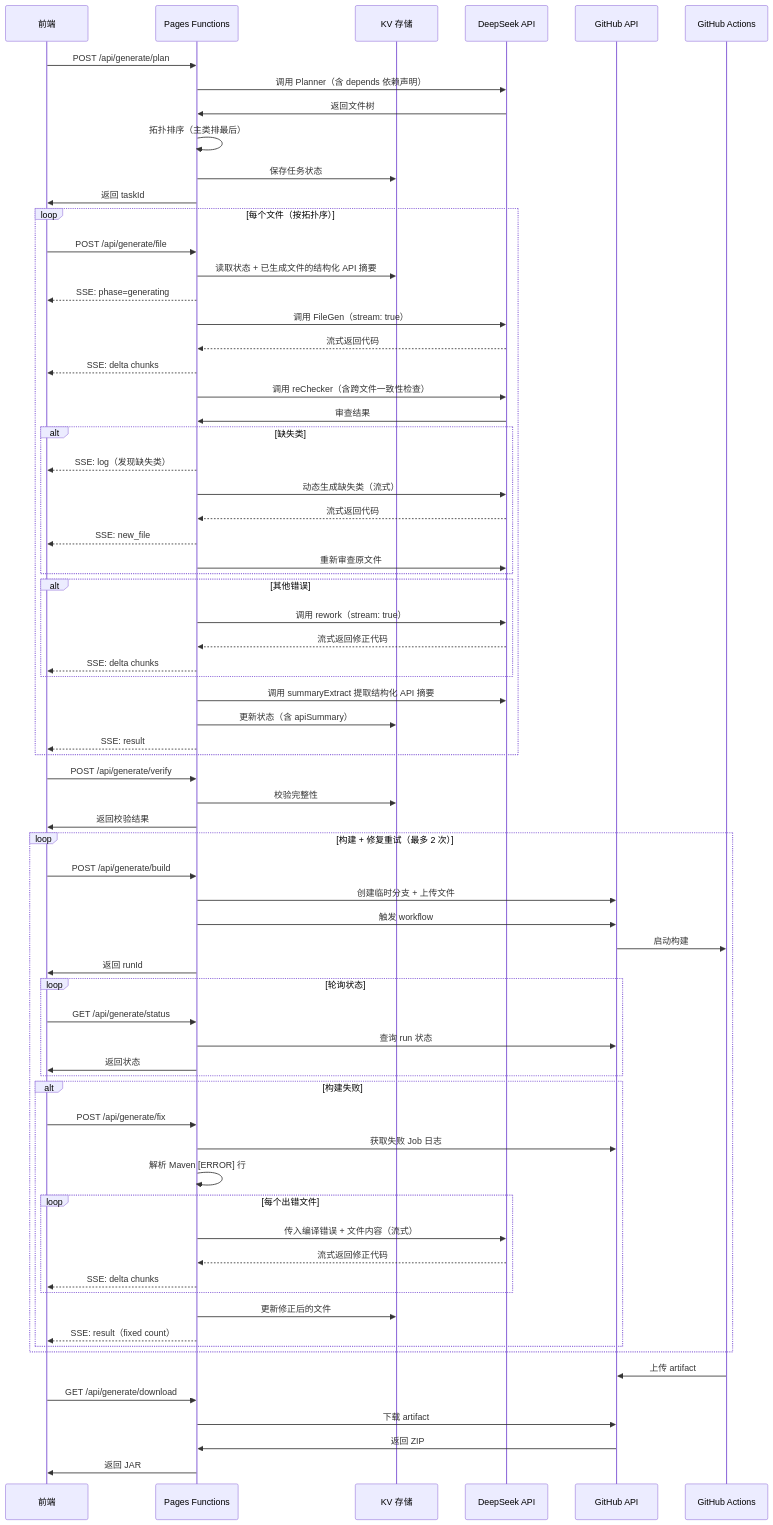
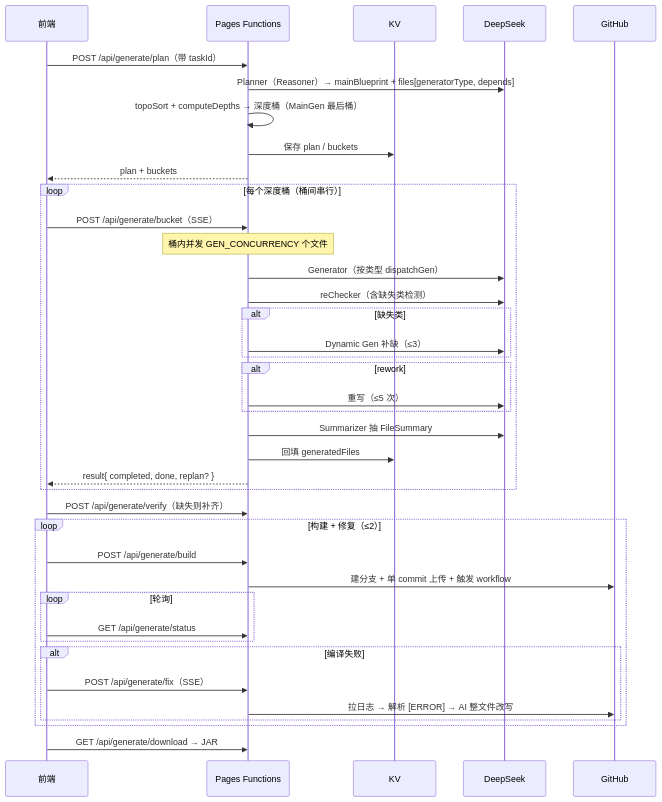
Before and after one commit to superwfox/minecraft-dev: the third of 3 diagrams in docs/technical/architecture.md, drawn with Mermaid. The commit also changed other lines of this file and 19 other files, not shown here.

````diff
--- a/docs/technical/architecture.md
+++ b/docs/technical/architecture.md
@@ -166,79 +134,44 @@
 ```mermaid
 sequenceDiagram
     participant F as 前端
     participant API as Pages Functions
-    participant KV as KV 存储
-    participant AI as DeepSeek API
-    participant GH as GitHub API
-    participant GA as GitHub Actions
+    participant KV as KV
+    participant AI as DeepSeek
+    participant GH as GitHub
 
-    F->>API: POST /api/generate/plan
-    API->>AI: 调用 Planner（含 depends 依赖声明）
-    AI->>API: 返回文件树
-    API->>API: 拓扑排序（主类排最后）
-    API->>KV: 保存任务状态
-    API->>F: 返回 taskId
+    F->>API: POST /api/generate/plan（带 taskId）
+    API->>AI: Planner（Reasoner）→ mainBlueprint + files[generatorType, depends]
+    API->>API: topoSort + computeDepths → 深度桶（MainGen 最后桶）
+    API->>KV: 保存 plan / buckets
+    API-->>F: plan + buckets
 
-    loop 每个文件（按拓扑序）
-        F->>API: POST /api/generate/file
-        API->>KV: 读取状态 + 已生成文件的结构化 API 摘要
-        API-->>F: SSE: phase=generating
-        API->>AI: 调用 FileGen（stream: true）
-        AI-->>API: 流式返回代码
-        API-->>F: SSE: delta chunks
-        API->>AI: 调用 reChecker（含跨文件一致性检查）
-        AI->>API: 审查结果
+    loop 每个深度桶（桶间串行）
+        F->>API: POST /api/generate/bucket（SSE）
+        Note over API: 桶内并发 GEN_CONCURRENCY 个文件
+        API->>AI: Generator（按类型 dispatchGen）
+        API->>AI: reChecker（含缺失类检测）
         alt 缺失类
-            API-->>F: SSE: log（发现缺失类）
-            API->>AI: 动态生成缺失类（流式）
-            AI-->>API: 流式返回代码
-            API-->>F: SSE: new_file
-            API->>AI: 重新审查原文件
+            API->>AI: Dynamic Gen 补缺（≤3）
         end
-        alt 其他错误
-            API->>AI: 调用 rework（stream: true）
-            AI-->>API: 流式返回修正代码
-            API-->>F: SSE: delta chunks
+        alt rework
+            API->>AI: 重写（≤5 次）
         end
-        API->>AI: 调用 summaryExtract 提取结构化 API 摘要
-        API->>KV: 更新状态（含 apiSummary）
-        API-->>F: SSE: result
+        API->>AI: Summarizer 抽 FileSummary
+        API->>KV: 回填 generatedFiles
+        API-->>F: result{ completed, done, replan? }
     end
 
-    F->>API: POST /api/generate/verify
-    API->>KV: 校验完整性
-    API->>F: 返回校验结果
-
-    loop 构建 + 修复重试（最多 2 次）
+    F->>API: POST /api/generate/verify（缺失则补齐）
+    loop 构建 + 修复（≤2）
         F->>API: POST /api/generate/build
-        API->>GH: 创建临时分支 + 上传文件
-        API->>GH: 触发 workflow
-        GH->>GA: 启动构建
-        API->>F: 返回 runId
-
-        loop 轮询状态
+        API->>GH: 建分支 + 单 commit 上传 + 触发 workflow
+        loop 轮询
             F->>API: GET /api/generate/status
-            API->>GH: 查询 run 状态
-            API->>F: 返回状态
         end
-
-        alt 构建失败
-            F->>API: POST /api/generate/fix
-            API->>GH: 获取失败 Job 日志
-            API->>API: 解析 Maven [ERROR] 行
-            loop 每个出错文件
-                API->>AI: 传入编译错误 + 文件内容（流式）
-                AI-->>API: 流式返回修正代码
-                API-->>F: SSE: delta chunks
-            end
-            API->>KV: 更新修正后的文件
-            API-->>F: SSE: result（fixed count）
+        alt 编译失败
+            F->>API: POST /api/generate/fix（SSE）
+            API->>GH: 拉日志 → 解析 [ERROR] → AI 整文件改写
         end
     end
-
-    GA->>GH: 上传 artifact
-    F->>API: GET /api/generate/download
-    API->>GH: 下载 artifact
-    GH->>API: 返回 ZIP
-    API->>F: 返回 JAR
+    F->>API: GET /api/generate/download → JAR
 ```
````
